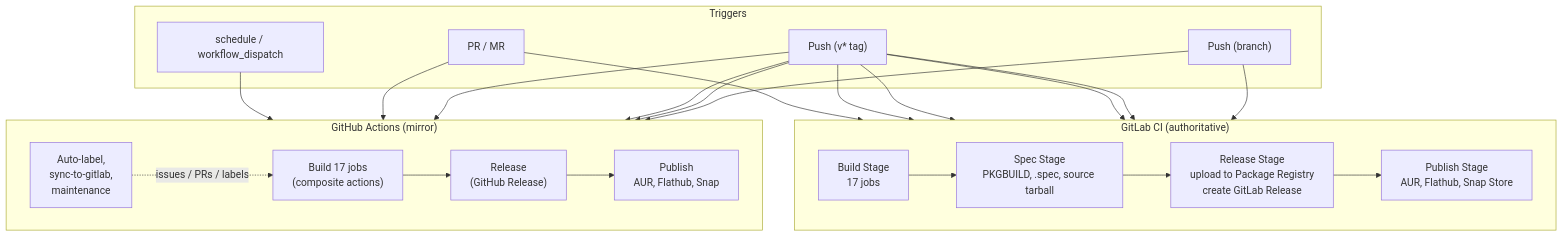
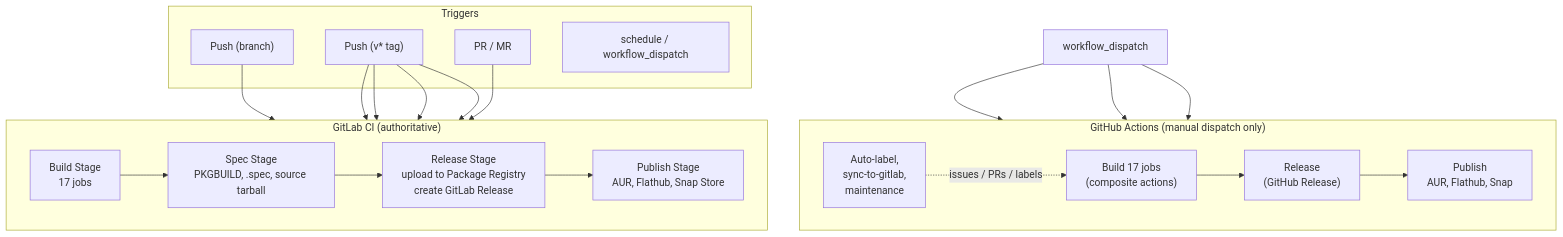
Before and after one commit to DonnieDice/protondrive-linux: the diagram in docs/ci-cd/ci-pipeline.md, drawn with Mermaid. The commit also changed other lines of this file and 17 other files, not shown here.

````diff
--- a/docs/ci-cd/ci-pipeline.md
+++ b/docs/ci-cd/ci-pipeline.md
@@ -26,35 +26,35 @@
 ```mermaid
 flowchart TD
     subgraph Triggers
         PUSH["Push (branch)"]
         TAG["Push (v* tag)"]
         PR["PR / MR"]
         SCHED["schedule / workflow_dispatch"]
     end
 
     subgraph GitLab_CI["GitLab CI (authoritative)"]
         direction LR
         GL_BUILD["Build Stage\n17 jobs"]
         GL_SPEC["Spec Stage\nPKGBUILD, .spec, source tarball"]
         GL_REL["Release Stage\nupload to Package Registry\ncreate GitLab Release"]
         GL_PUB["Publish Stage\nAUR, Flathub, Snap Store"]
     end
 
-    subgraph GitHub_Actions["GitHub Actions (mirror)"]
+    subgraph GitHub_Actions["GitHub Actions (manual dispatch only)"]
         direction LR
         GH_BUILD["Build 17 jobs\n(composite actions)"]
         GH_MISC["Auto-label,\nsync-to-gitlab,\nmaintenance"]
         GH_REL["Release\n(GitHub Release)"]
         GH_PUB["Publish\nAUR, Flathub, Snap"]
     end
 
-    PUSH --> GL_BUILD & GH_BUILD
+    GR_TRIGGER["workflow_dispatch"] --> GH_BUILD
+    PUSH --> GL_BUILD
     TAG --> GL_BUILD & GL_SPEC & GL_REL & GL_PUB
-    TAG --> GH_BUILD & GH_REL & GH_PUB
-    PR --> GL_BUILD & GH_BUILD
-    SCHED --> GH_BUILD
+    PR --> GL_BUILD
+    GR_TRIGGER --> GH_REL & GH_PUB
 
     GL_BUILD --> GL_SPEC --> GL_REL --> GL_PUB
     GH_BUILD --> GH_REL --> GH_PUB
     GH_MISC -.->|"issues / PRs / labels"| GH_BUILD
 ```
````
